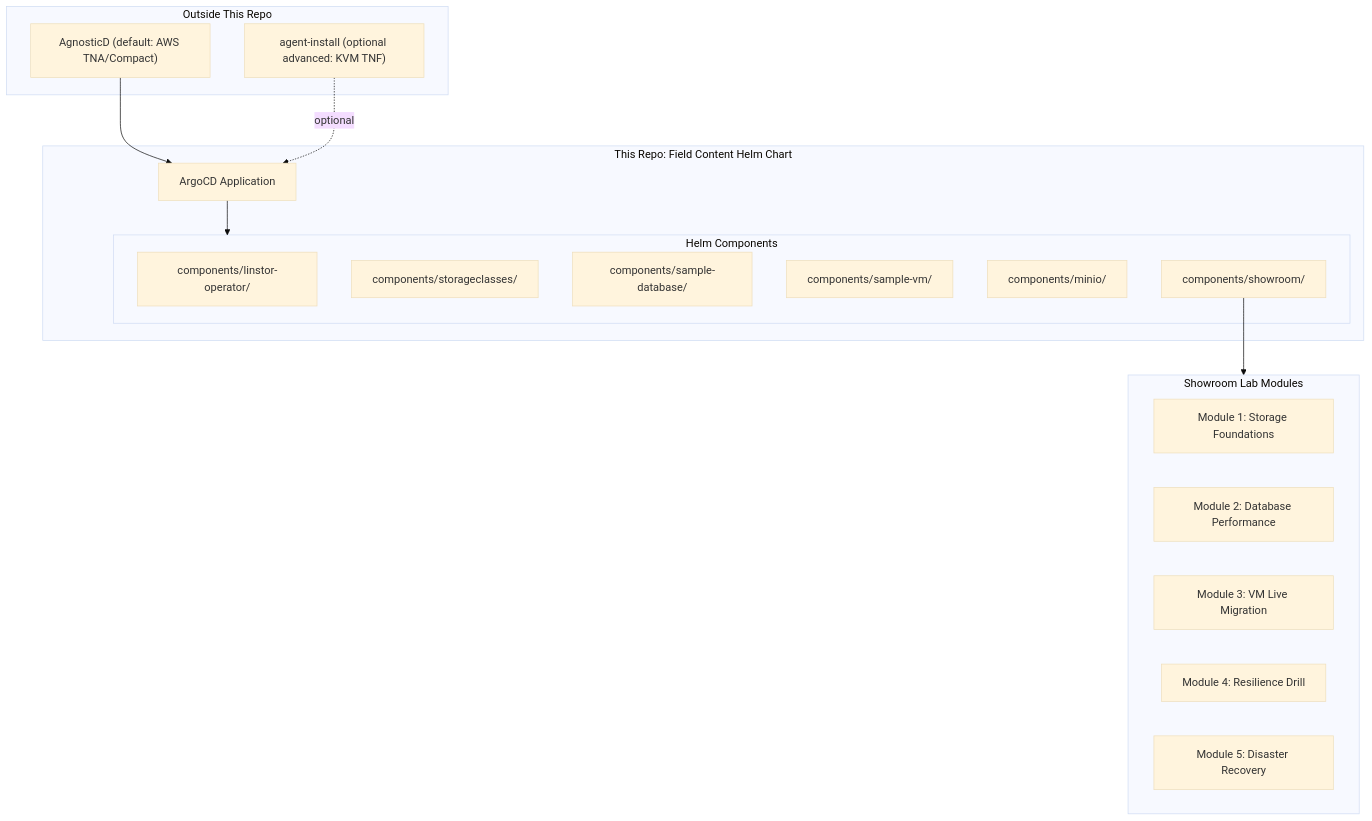
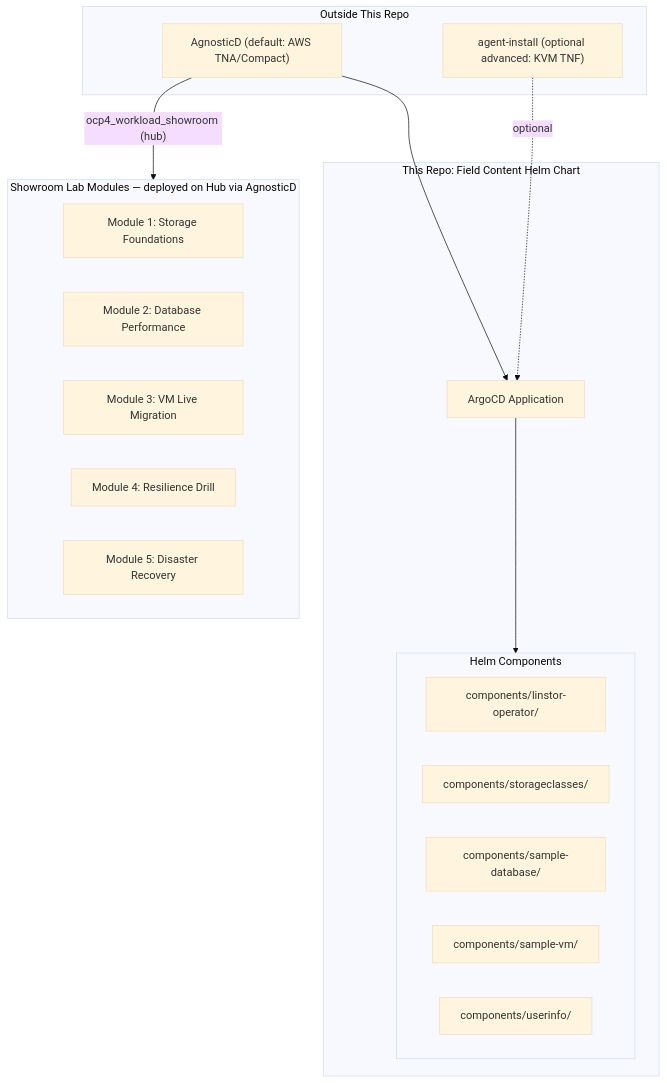
The first of 2 diagrams in docs/workshop/module-outline.md (tosin2013/openshift-tnf-edge-storage), drawn with Mermaid (base theme) before and after one commit. The commit also changed other lines of this file and 1 other file, not shown here.

````diff
--- a/docs/workshop/module-outline.md
+++ b/docs/workshop/module-outline.md
@@ -11,29 +11,28 @@
 ```mermaid
 flowchart TB
   subgraph outside [Outside This Repo]
     AgnosticD["AgnosticD (default: AWS TNA/Compact)"]
     AgentInstall["agent-install (optional advanced: KVM TNF)"]
   end
   subgraph inside [This Repo: Field Content Helm Chart]
     ArgoCD[ArgoCD Application]
     subgraph helm [Helm Components]
       LinstorOp[components/linstor-operator/]
       SC[components/storageclasses/]
       SampleDB[components/sample-database/]
       SampleVM[components/sample-vm/]
-      MinIOComp[components/minio/]
-      ShowroomDeploy[components/showroom/]
+      Userinfo[components/userinfo/]
     end
   end
-  subgraph showroom [Showroom Lab Modules]
+  subgraph showroom [Showroom Lab Modules — deployed on Hub via AgnosticD]
     M1[Module 1: Storage Foundations]
     M2[Module 2: Database Performance]
     M3[Module 3: VM Live Migration]
     M4[Module 4: Resilience Drill]
     M5[Module 5: Disaster Recovery]
   end
   AgnosticD --> ArgoCD
   AgentInstall -.->|optional| ArgoCD
   ArgoCD --> helm
-  ShowroomDeploy --> showroom
+  AgnosticD -->|"ocp4_workload_showroom (hub)"| showroom
 ```
````
